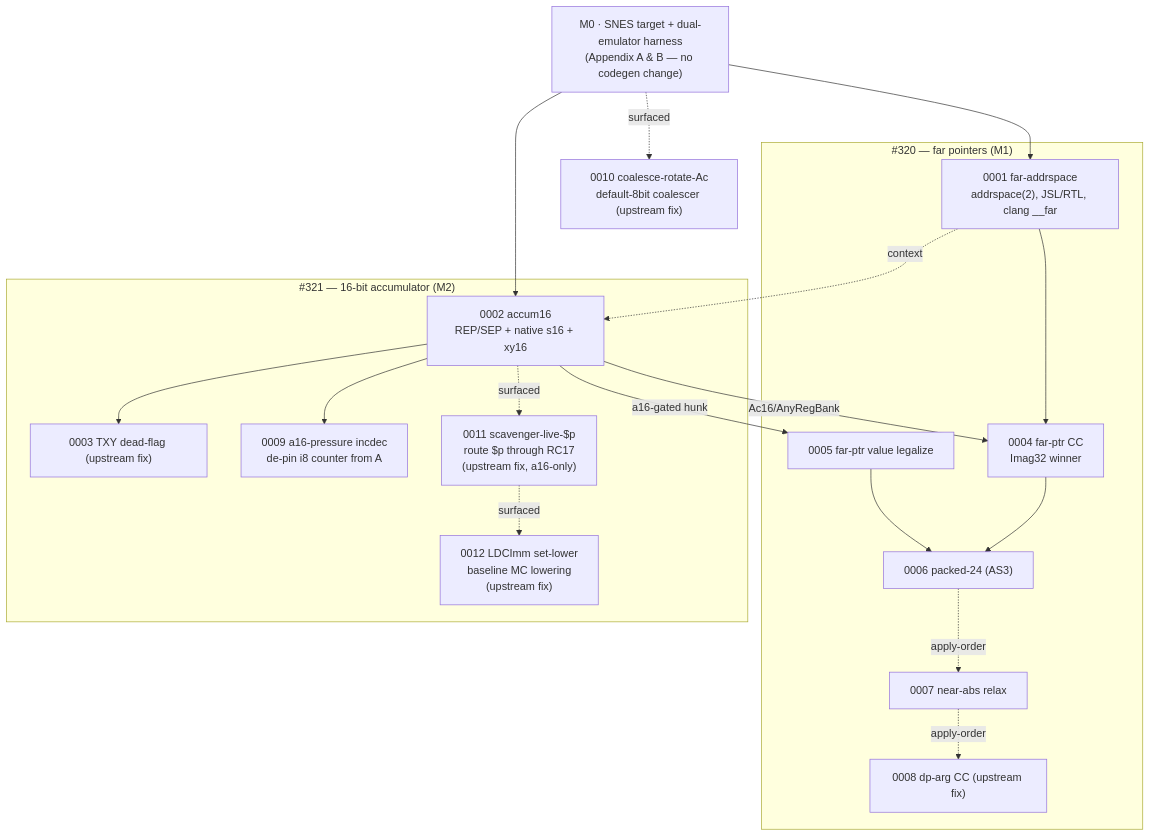
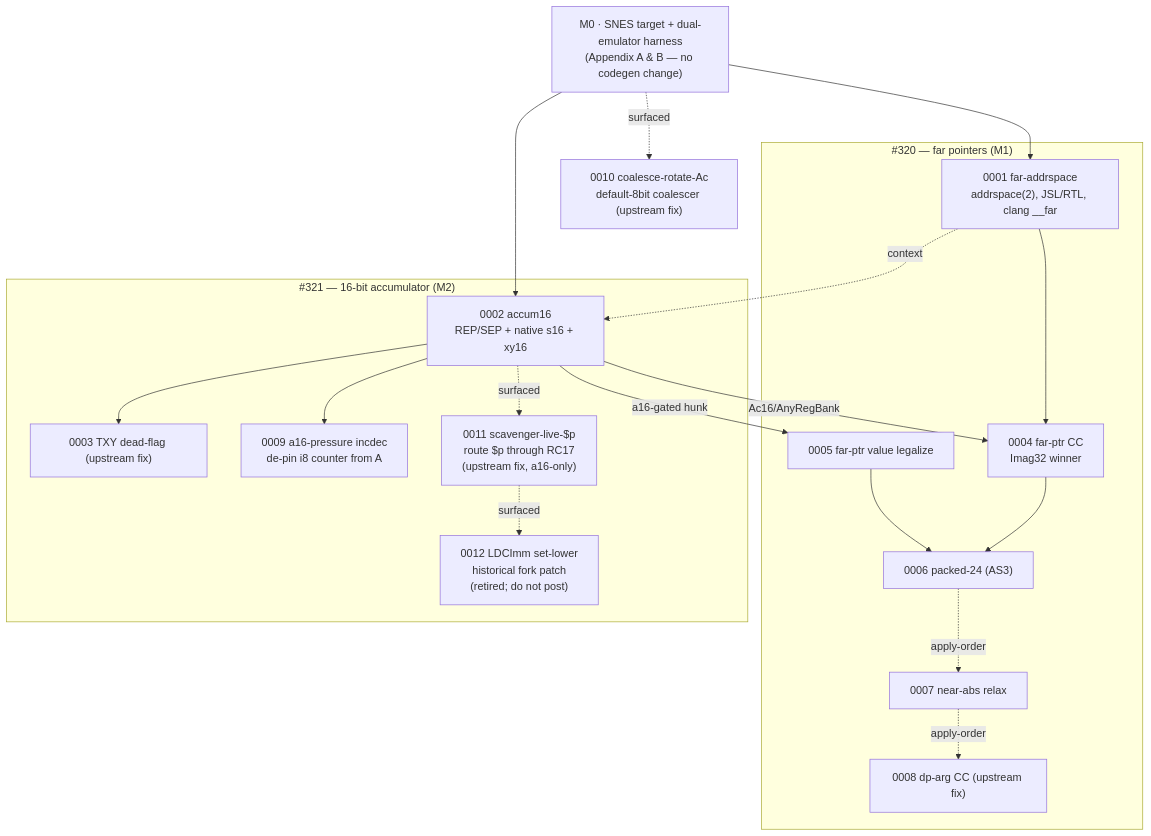
One commit to wbniv/llvm-mos-65816 changed the first of 5 diagrams in docs/65816-patch-series-review-guide.md. Above: the diagram before and after it, drawn with Mermaid. The commit also changed other lines of this file and 7 other files, not shown here.

First line of the commit message:
docs: sync recorded user decisions — 0012 RETIRED (do not post), #591 hardening pushed + comment live, #585 validation, status consolidation

````diff
--- a/docs/65816-patch-series-review-guide.md
+++ b/docs/65816-patch-series-review-guide.md
@@ -187,39 +187,39 @@
 ```mermaid
 flowchart TD
     SNES["M0 · SNES target + dual-emulator harness<br/>(Appendix A &amp; B — no codegen change)"]
 
     subgraph far["#320 — far pointers (M1)"]
         P1["0001 far-addrspace<br/>addrspace(2), JSL/RTL, clang __far"]
         P4["0004 far-ptr CC<br/>Imag32 winner"]
         P5["0005 far-ptr value legalize"]
         P6["0006 packed-24 (AS3)"]
         P7["0007 near-abs relax"]
         P8["0008 dp-arg CC (upstream fix)"]
     end
 
     subgraph a16["#321 — 16-bit accumulator (M2)"]
         P2["0002 accum16<br/>REP/SEP + native s16 + xy16"]
         P3["0003 TXY dead-flag (upstream fix)"]
         P9["0009 a16-pressure incdec<br/>de-pin i8 counter from A"]
         P11["0011 scavenger-live-$p<br/>route $p through RC17<br/>(upstream fix, a16-only)"]
-        P12["0012 LDCImm set-lower<br/>baseline MC lowering<br/>(upstream fix)"]
+        P12["0012 LDCImm set-lower<br/>historical fork patch<br/>(retired; do not post)"]
     end
 
     P10["0010 coalesce-rotate-Ac<br/>default-8bit coalescer (upstream fix)"]
 
     SNES --> P1
     SNES --> P2
     SNES -.surfaced.-> P10
     P1 -.context.-> P2
     P2 --> P3
     P2 --> P9
     P2 -.surfaced.-> P11
     P11 -.surfaced.-> P12
     P1 --> P4
     P2 -->|Ac16/AnyRegBank| P4
     P2 -->|a16-gated hunk| P5
     P4 --> P6
     P5 --> P6
     P6 -.apply-order.-> P7
     P7 -.apply-order.-> P8
 ```
````
